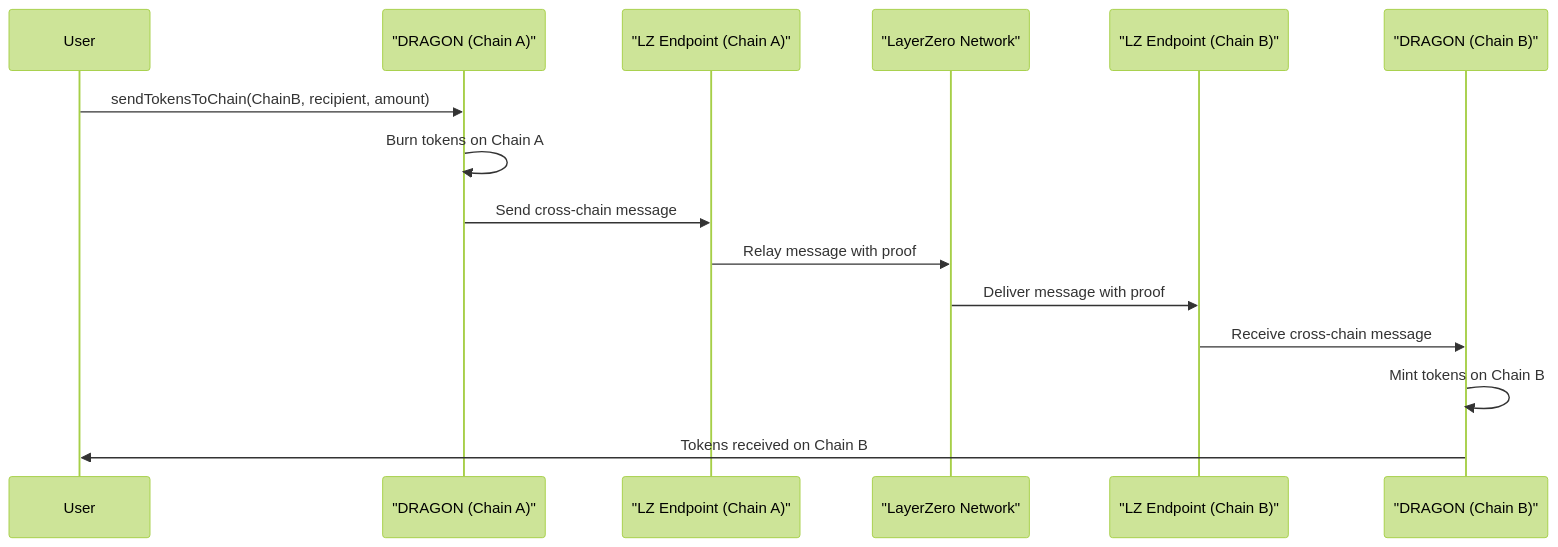
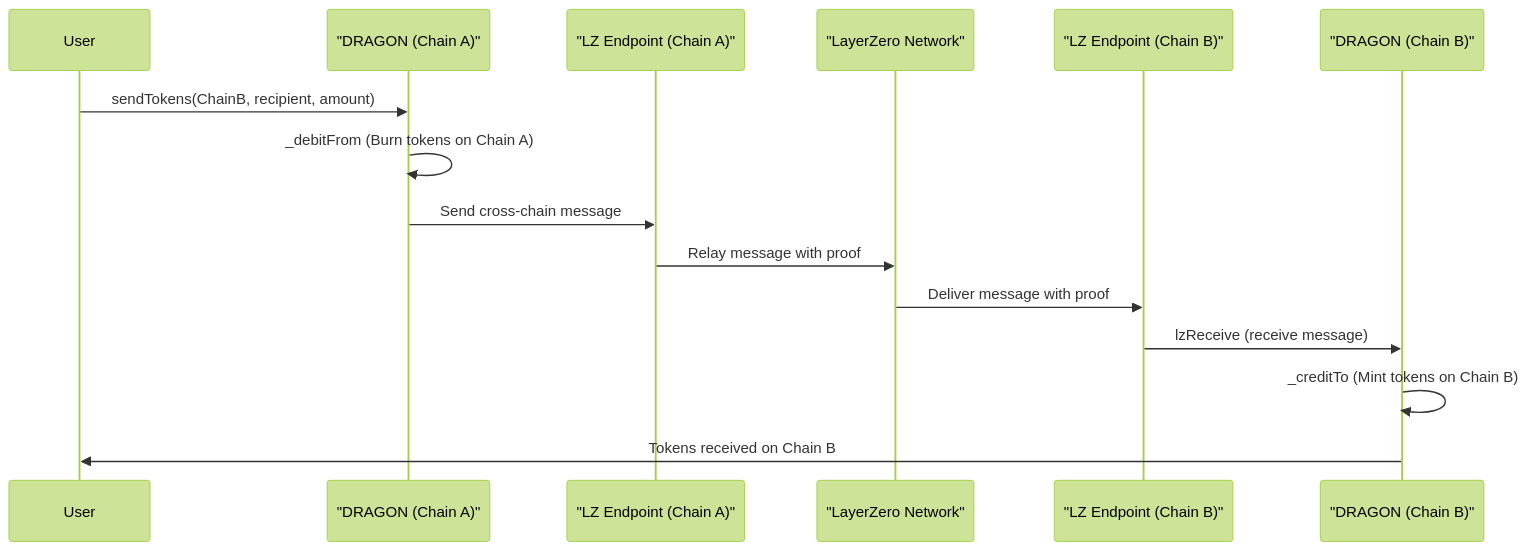
The third of 3 diagrams in docs/contracts/core/token.md (wenakita/sonicreddragon-docs), drawn with Mermaid (forest theme) before and after one commit. The commit also changed other lines of this file and 1 other file, not shown here.

````diff
--- a/docs/contracts/core/token.md
+++ b/docs/contracts/core/token.md
@@ -111,18 +207,18 @@
 ```mermaid
 sequenceDiagram
     participant User
     participant DragonChainA as "DRAGON (Chain A)"
     participant LZEndpointA as "LZ Endpoint (Chain A)"
     participant LZNetwork as "LayerZero Network"
     participant LZEndpointB as "LZ Endpoint (Chain B)"
     participant DragonChainB as "DRAGON (Chain B)"
     
-    User->>DragonChainA: sendTokensToChain(ChainB, recipient, amount)
-    DragonChainA->>DragonChainA: Burn tokens on Chain A
+    User->>DragonChainA: sendTokens(ChainB, recipient, amount)
+    DragonChainA->>DragonChainA: _debitFrom (Burn tokens on Chain A)
     DragonChainA->>LZEndpointA: Send cross-chain message
     LZEndpointA->>LZNetwork: Relay message with proof
     LZNetwork->>LZEndpointB: Deliver message with proof
-    LZEndpointB->>DragonChainB: Receive cross-chain message
-    DragonChainB->>DragonChainB: Mint tokens on Chain B
+    LZEndpointB->>DragonChainB: lzReceive (receive message)
+    DragonChainB->>DragonChainB: _creditTo (Mint tokens on Chain B)
     DragonChainB->>User: Tokens received on Chain B
 ```
````
